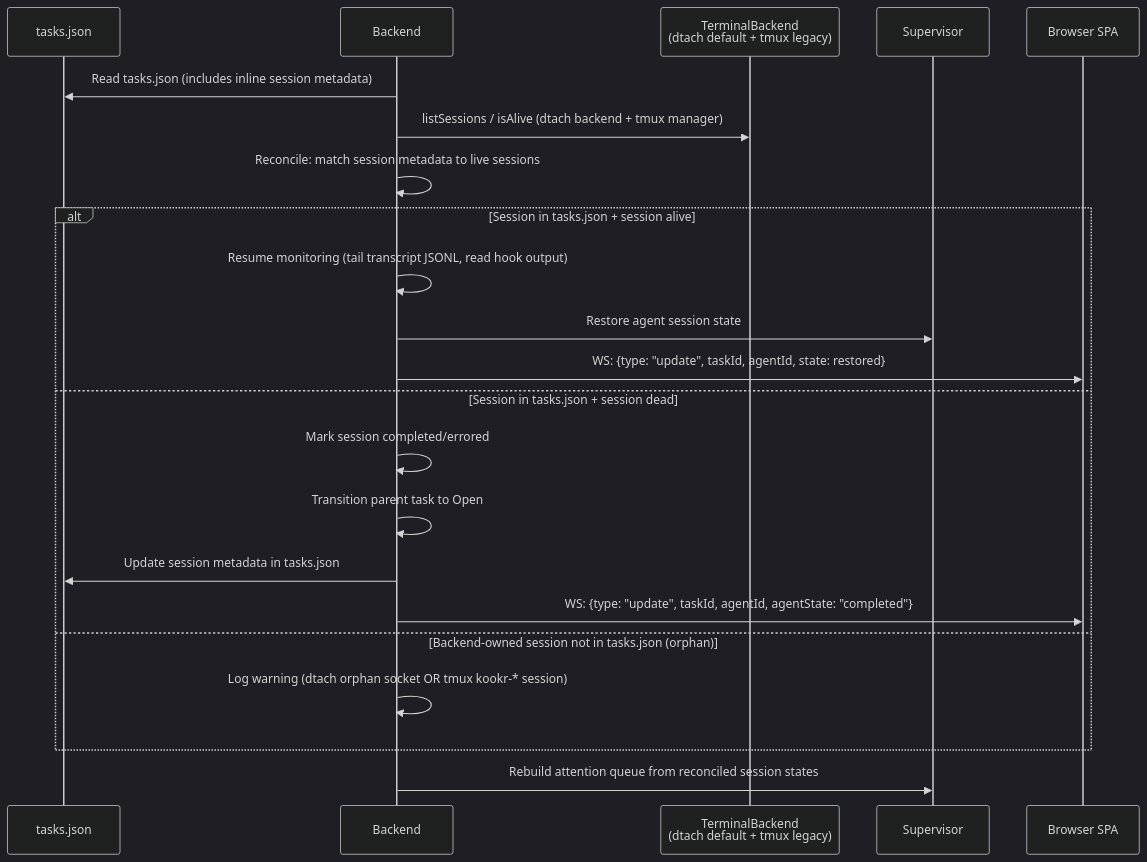
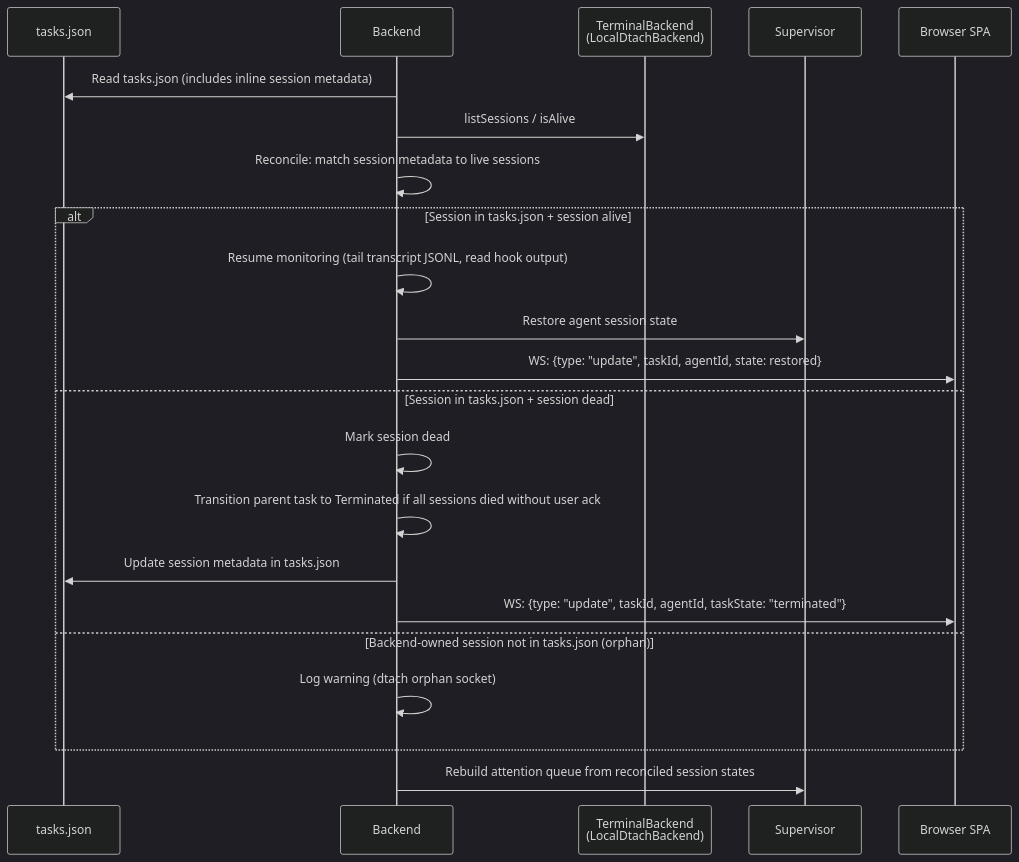
One commit to kookr-ai/kookr changed the seventh of 7 diagrams in docs/system-models/04-runtime-interactions.md. Above: the diagram before and after it, drawn with Mermaid (dark theme). The commit also changed other lines of this file and 23 other files, not shown here.

Commit message:
docs: reconcile architecture models with implementation

````diff
--- a/docs/system-models/04-runtime-interactions.md
+++ b/docs/system-models/04-runtime-interactions.md
@@ -175,27 +174,27 @@
 ```mermaid
 sequenceDiagram
   participant FS as tasks.json
   participant BE as Backend
-  participant TB as TerminalBackend<br/>(dtach default + tmux legacy)
+  participant TB as TerminalBackend<br/>(LocalDtachBackend)
   participant Sup as Supervisor
   participant SPA as Browser SPA
 
   BE->>FS: Read tasks.json (includes inline session metadata)
-  BE->>TB: listSessions / isAlive (dtach backend + tmux manager)
+  BE->>TB: listSessions / isAlive
   BE->>BE: Reconcile: match session metadata to live sessions
 
   alt Session in tasks.json + session alive
     BE->>BE: Resume monitoring (tail transcript JSONL, read hook output)
     BE->>Sup: Restore agent session state
     BE->>SPA: WS: {type: "update", taskId, agentId, state: restored}
   else Session in tasks.json + session dead
-    BE->>BE: Mark session completed/errored
-    BE->>BE: Transition parent task to Open
+    BE->>BE: Mark session dead
+    BE->>BE: Transition parent task to Terminated if all sessions died without user ack
     BE->>FS: Update session metadata in tasks.json
-    BE->>SPA: WS: {type: "update", taskId, agentId, agentState: "completed"}
+    BE->>SPA: WS: {type: "update", taskId, agentId, taskState: "terminated"}
   else Backend-owned session not in tasks.json (orphan)
-    BE->>BE: Log warning (dtach orphan socket OR tmux kookr-* session)
+    BE->>BE: Log warning (dtach orphan socket)
   end
 
   BE->>Sup: Rebuild attention queue from reconciled session states
 ```
````
